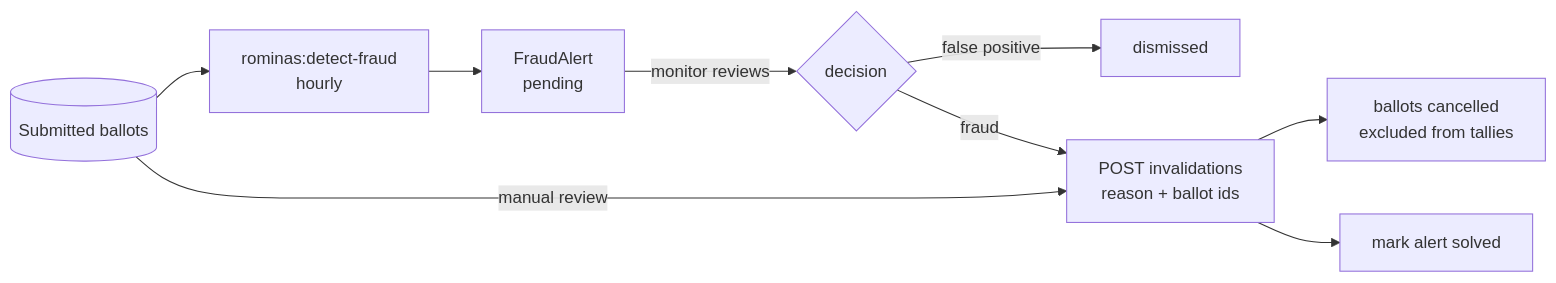
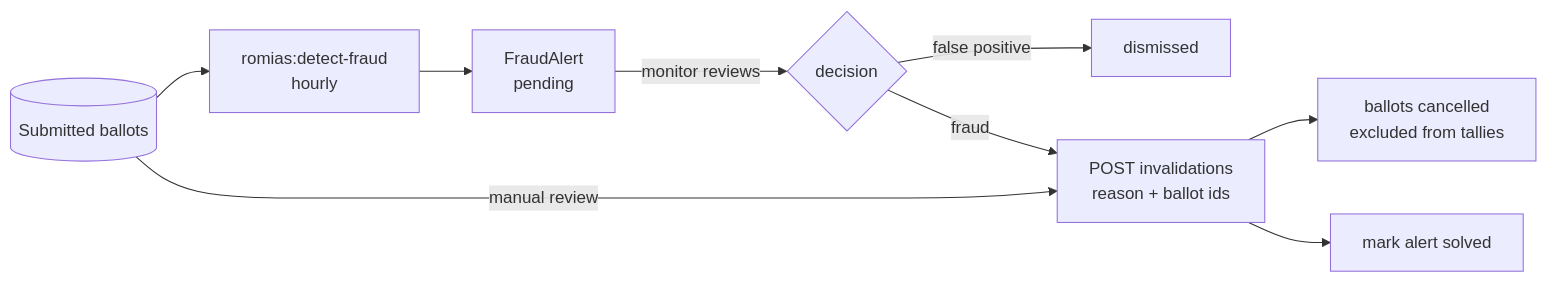
One commit to soma-labs/rominas-api changed the diagram in docs/fraud-monitoring.md. Above: the diagram before and after it, drawn with Mermaid. The commit also changed other lines of this file and 12 other files, not shown here.

First line of the commit message:
Rename the project artisan commands from rominas:* to romias:*

````diff
--- a/docs/fraud-monitoring.md
+++ b/docs/fraud-monitoring.md
@@ -15,11 +15,11 @@
 ```mermaid
 flowchart LR
-    B[(Submitted ballots)] --> D[rominas:detect-fraud<br/>hourly]
+    B[(Submitted ballots)] --> D[romias:detect-fraud<br/>hourly]
     D --> A[FraudAlert<br/>pending]
     A -->|monitor reviews| R{decision}
     R -->|false positive| X[dismissed]
     R -->|fraud| I[POST invalidations<br/>reason + ballot ids]
     I --> C[ballots cancelled<br/>excluded from tallies]
     I --> S[mark alert solved]
     B -->|manual review| I
 ```
````
